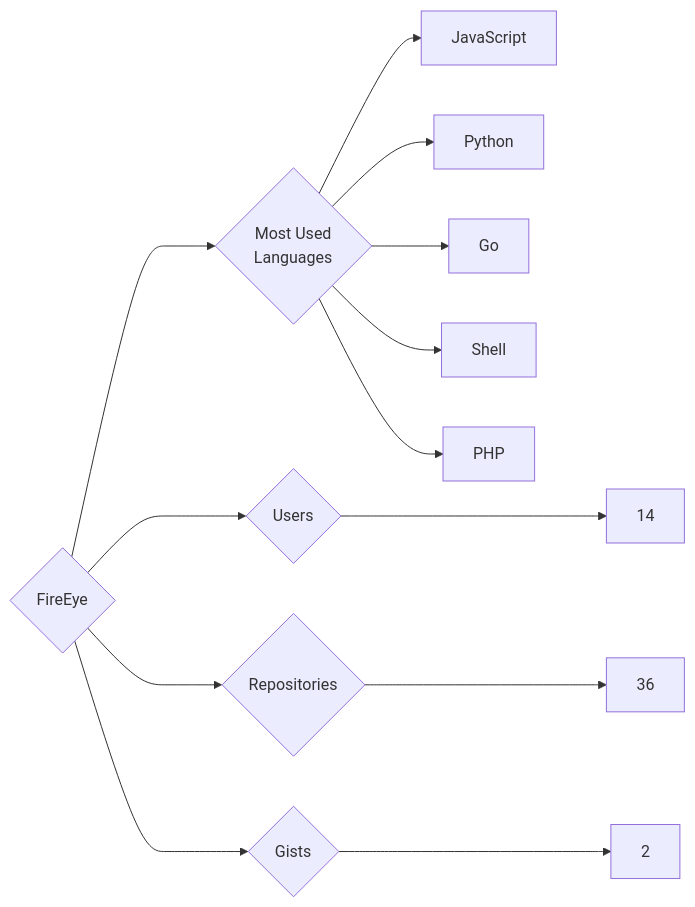
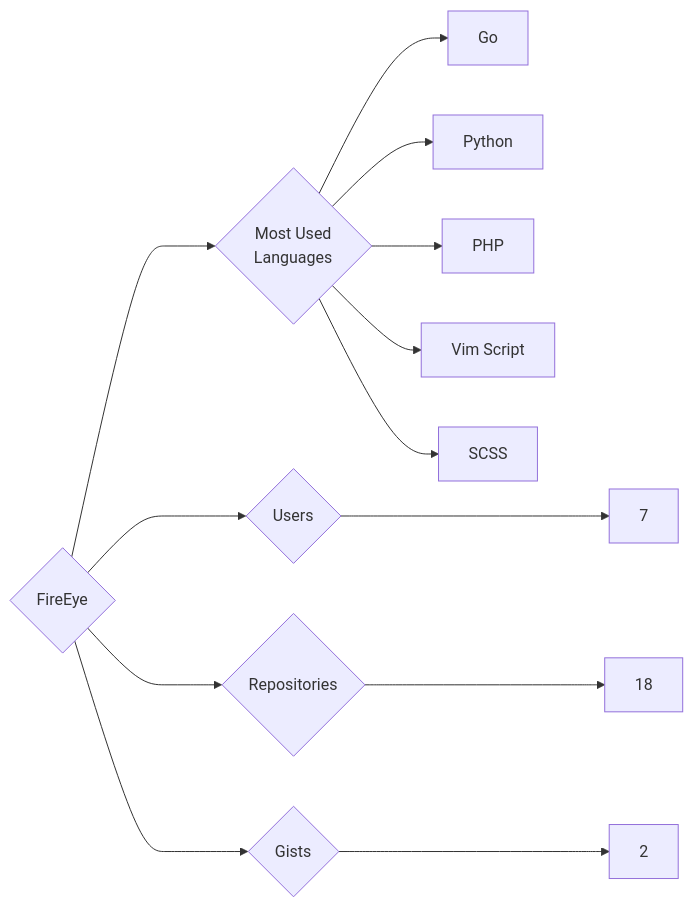
One commit to trickest/insiders changed the diagram in targets/FireEye/README.md. Above: the diagram before and after it, drawn with Mermaid. The commit also changed 1120 other files, not shown here.

````diff
--- a/targets/FireEye/README.md
+++ b/targets/FireEye/README.md
@@ -3,13 +3,13 @@
 ```mermaid
 graph LR
 COMPANY_NAME{FireEye}
-COMPANY_NAME ---> U{Users} ---> UN[14]
-COMPANY_NAME ---> R{Repositories} ---> RN[36]
+COMPANY_NAME ---> U{Users} ---> UN[7]
+COMPANY_NAME ---> R{Repositories} ---> RN[18]
 COMPANY_NAME ---> G{Gists} ---> GN[2]
 COMPANY_NAME ---> ML{Most Used<br>Languages}
-ML --> JavaScript[JavaScript]
+ML --> Go[Go]
 ML --> Python[Python]
-ML --> Go[Go]
-ML --> Shell[Shell]
 ML --> PHP[PHP]
+ML --> Vim_Script[Vim Script]
+ML --> SCSS[SCSS]
 ```
````
